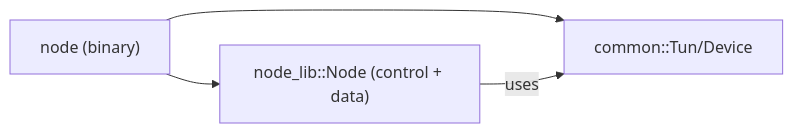
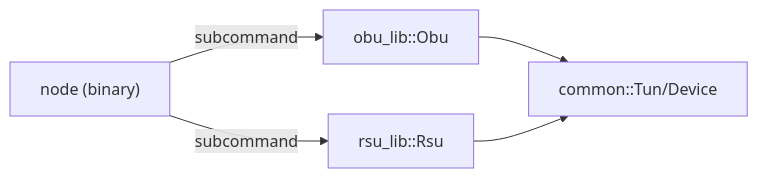
The diagram in node/ARCHITECTURE.md (GomesGoncalo/vigilant-parakeet), drawn with Mermaid before and after one commit. The commit also changed other lines of this file and 10 other files, not shown here.

````diff
--- a/node/ARCHITECTURE.md
+++ b/node/ARCHITECTURE.md
@@ -5,6 +5,7 @@
 ```mermaid
 flowchart LR
-  NodeBinary["node (binary)"] --> NodeLib["node_lib::Node (control + data)"]
-  NodeBinary --> Common["common::Tun/Device"]
-  NodeLib -->|uses| Common
+  NodeBinary["node (binary)"] -->|subcommand| ObuLib["obu_lib::Obu"]
+  NodeBinary -->|subcommand| RsuLib["rsu_lib::Rsu"]
+  ObuLib --> Common["common::Tun/Device"]
+  RsuLib --> Common
 ```
````
